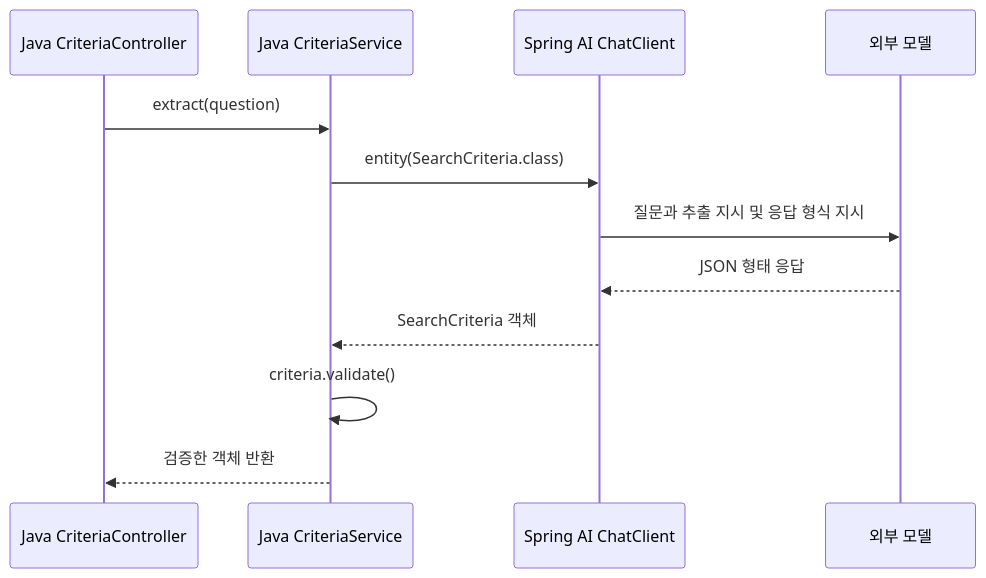
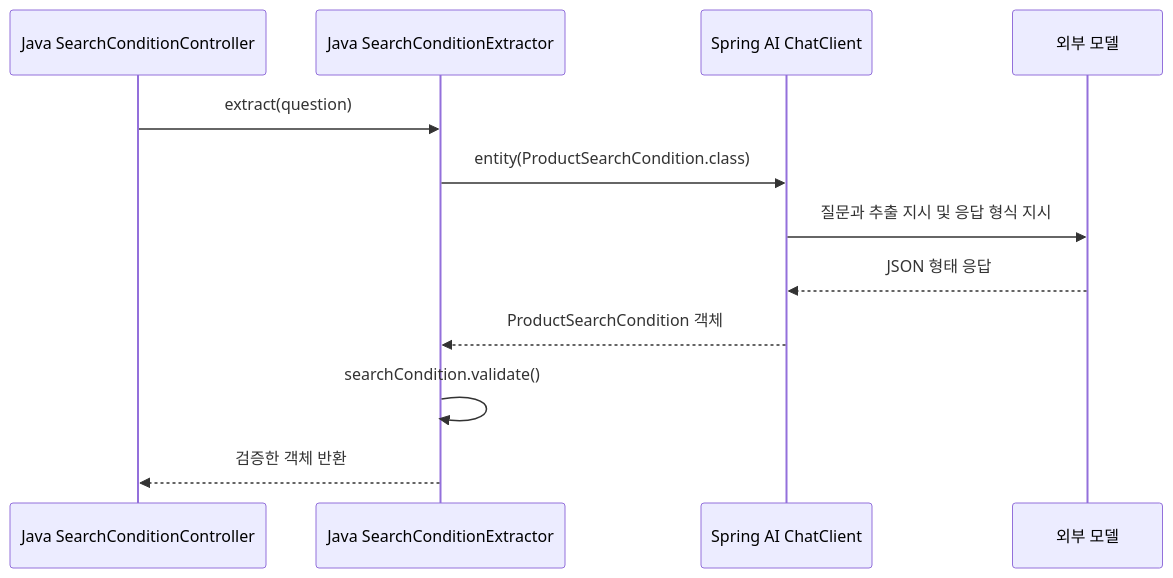
The diagram in Spring-AI-Agent-Learning/docs/lessons/04-structured-output.md (Justin-ad-Park/SpringShoppingAI), drawn with Mermaid before and after one commit. The commit also changed other lines of this file and 17 other files, not shown here.

````diff
--- a/Spring-AI-Agent-Learning/docs/lessons/04-structured-output.md
+++ b/Spring-AI-Agent-Learning/docs/lessons/04-structured-output.md
@@ -168,14 +168,14 @@
 ```mermaid
 sequenceDiagram
-    participant Controller as Java CriteriaController
-    participant Service as Java CriteriaService
+    participant Controller as Java SearchConditionController
+    participant Service as Java SearchConditionExtractor
     participant AI as Spring AI ChatClient
     participant Model as 외부 모델
     Controller->>Service: extract(question)
-    Service->>AI: entity(SearchCriteria.class)
+    Service->>AI: entity(ProductSearchCondition.class)
     AI->>Model: 질문과 추출 지시 및 응답 형식 지시
     Model-->>AI: JSON 형태 응답
-    AI-->>Service: SearchCriteria 객체
-    Service->>Service: criteria.validate()
+    AI-->>Service: ProductSearchCondition 객체
+    Service->>Service: searchCondition.validate()
     Service-->>Controller: 검증한 객체 반환
 ```
````
